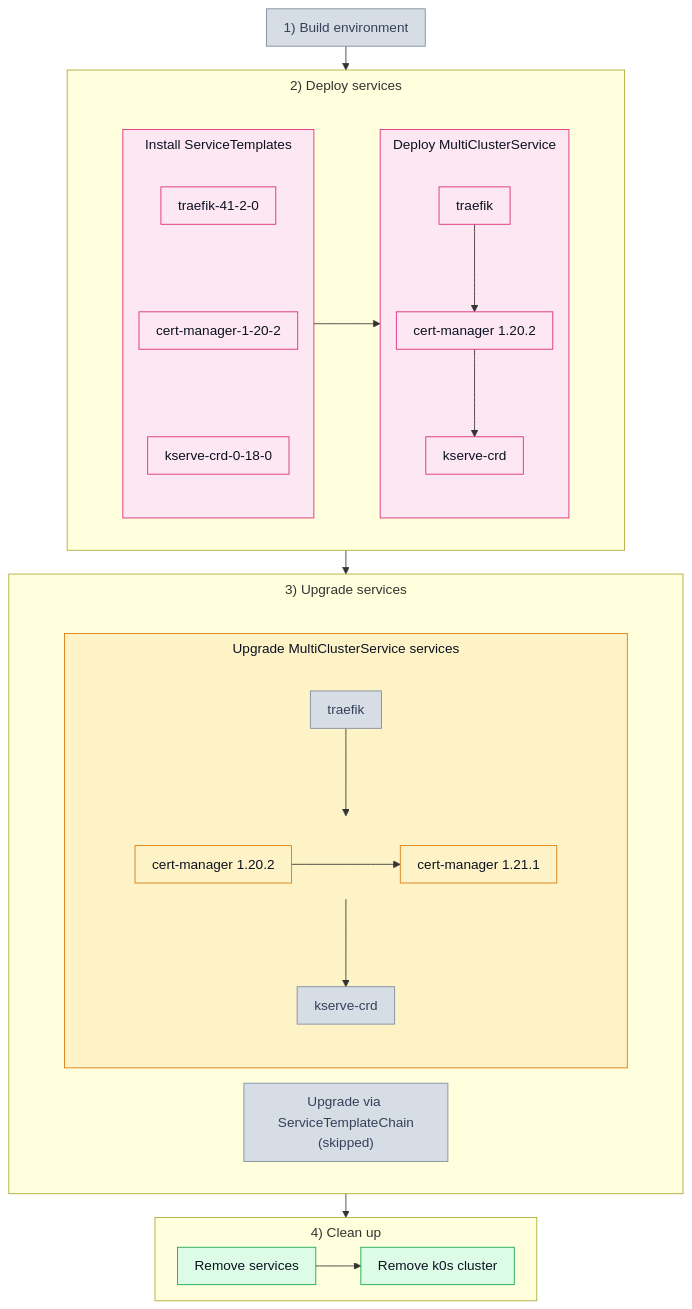
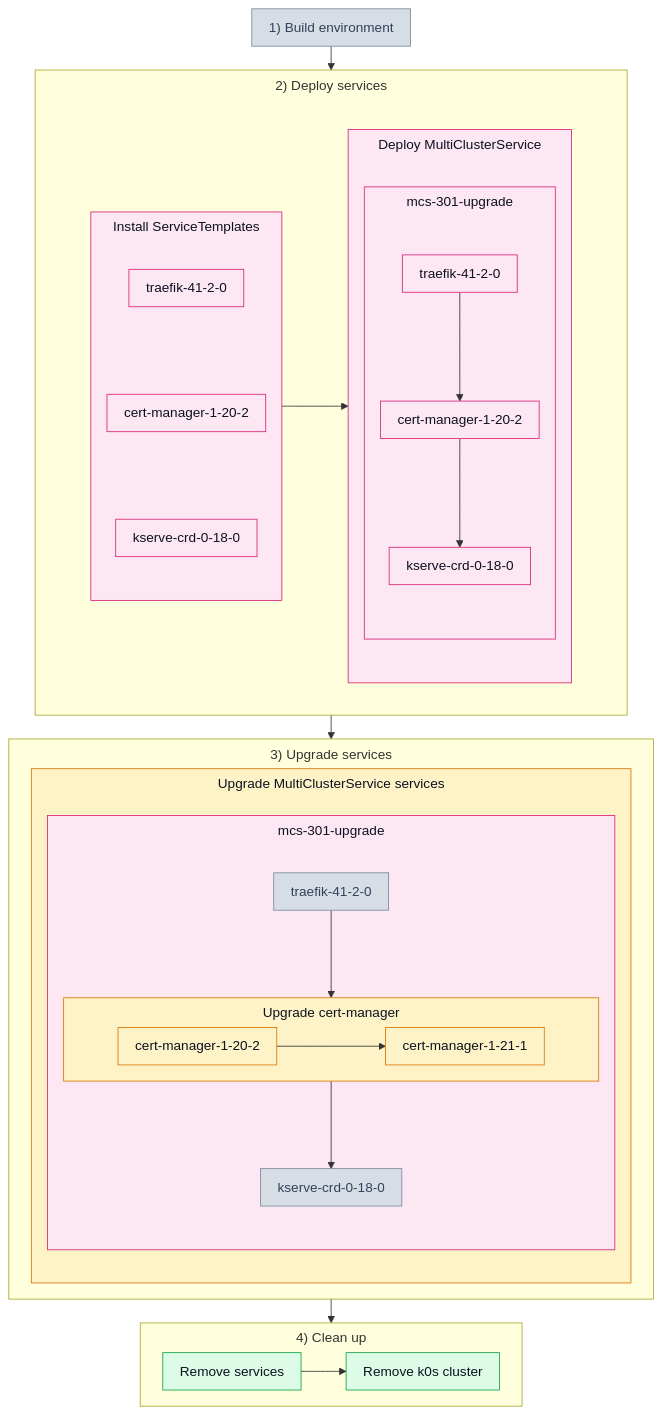
One commit to josef-hak/ksm-tests changed the diagram in test_scenarios/301_upgrade.md. Above: the diagram before and after it, drawn with Mermaid.

Commit message:
docs: box the services as one MCS, template names throughout

````diff
--- a/test_scenarios/301_upgrade.md
+++ b/test_scenarios/301_upgrade.md
@@ -21,63 +21,62 @@
 ```mermaid
 %%{init: {'flowchart': {'padding': 10, 'nodeSpacing': 18, 'rankSpacing': 28, 'subGraphTitleMargin': {'top': 6, 'bottom': 10}}}}%%
 flowchart TB
     P1["1) Build environment"]
 
     subgraph P2["2) Deploy services"]
         subgraph W2[" "]
             direction LR
             subgraph D1["Install ServiceTemplates"]
                 direction TB
                 T1["traefik-41-2-0"] ~~~ T2["cert-manager-1-20-2"] ~~~ T3["kserve-crd-0-18-0"]
             end
 
             subgraph D2["Deploy MultiClusterService"]
-                direction TB
-                M1["traefik"] --> M2["cert-manager 1.20.2"] --> M3["kserve-crd"]
+                subgraph DM["mcs-301-upgrade"]
+                    direction TB
+                    M1["traefik-41-2-0"] --> M2["cert-manager-1-20-2"] --> M3["kserve-crd-0-18-0"]
+                end
             end
 
             D1 --> D2
         end
     end
 
     subgraph P3["3) Upgrade services"]
-        subgraph W3[" "]
-            direction LR
-            subgraph U1["Upgrade MultiClusterService services"]
+        subgraph U1["Upgrade MultiClusterService services"]
+            subgraph UM["mcs-301-upgrade"]
                 direction TB
-                V1["traefik"] --> UC
+                V1["traefik-41-2-0"] --> UC
 
                 %% Own left-to-right box, the only way to keep the two versions
                 %% on one row: an arrow between them would rank 1.21.1 lower.
                 %% Linked box to box, not node to node -- a node reaching out of
                 %% a subgraph makes mermaid drop its direction.
-                subgraph UC[" "]
+                subgraph UC["Upgrade cert-manager"]
                     direction LR
-                    V2["cert-manager 1.20.2"] --> V4["cert-manager 1.21.1"]
+                    V2["cert-manager-1-20-2"] --> V4["cert-manager-1-21-1"]
                 end
 
-                UC --> V3["kserve-crd"]
+                UC --> V3["kserve-crd-0-18-0"]
             end
-
-            U2["Upgrade via ServiceTemplateChain<br/>(skipped)"]
         end
     end
 
     subgraph P4["4) Clean up"]
         C1["Remove services"] --> C2["Remove k0s cluster"]
     end
 
     P1 --> P2 --> P3 --> P4
 
     classDef off fill:#d7dde5,stroke:#7c8a9c,color:#33415a
     classDef pink fill:#fce7f3,stroke:#db2777,color:#0b1220
     classDef amber fill:#fef3c7,stroke:#d97706,color:#0b1220
     classDef green fill:#dcfce7,stroke:#16a34a,color:#0b1220
     classDef bare fill:none,stroke:none
 
-    class P1,U2,V1,V3 off
-    class D1,D2,T1,T2,T3,M1,M2,M3 pink
-    class U1,V2,V4 amber
+    class P1,V1,V3 off
+    class D1,D2,DM,T1,T2,T3,M1,M2,M3,UM pink
+    class U1,UC,V2,V4 amber
     class C1,C2 green
-    class W2,W3,UC bare
+    class W2 bare
 ```
````
